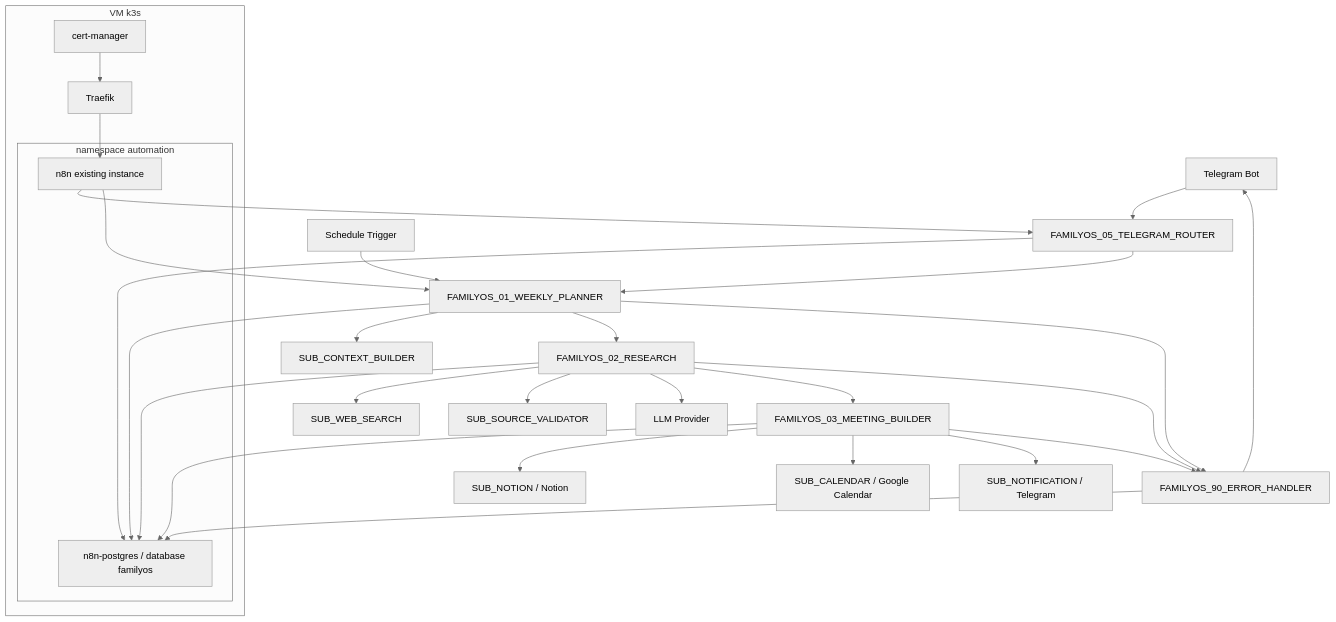
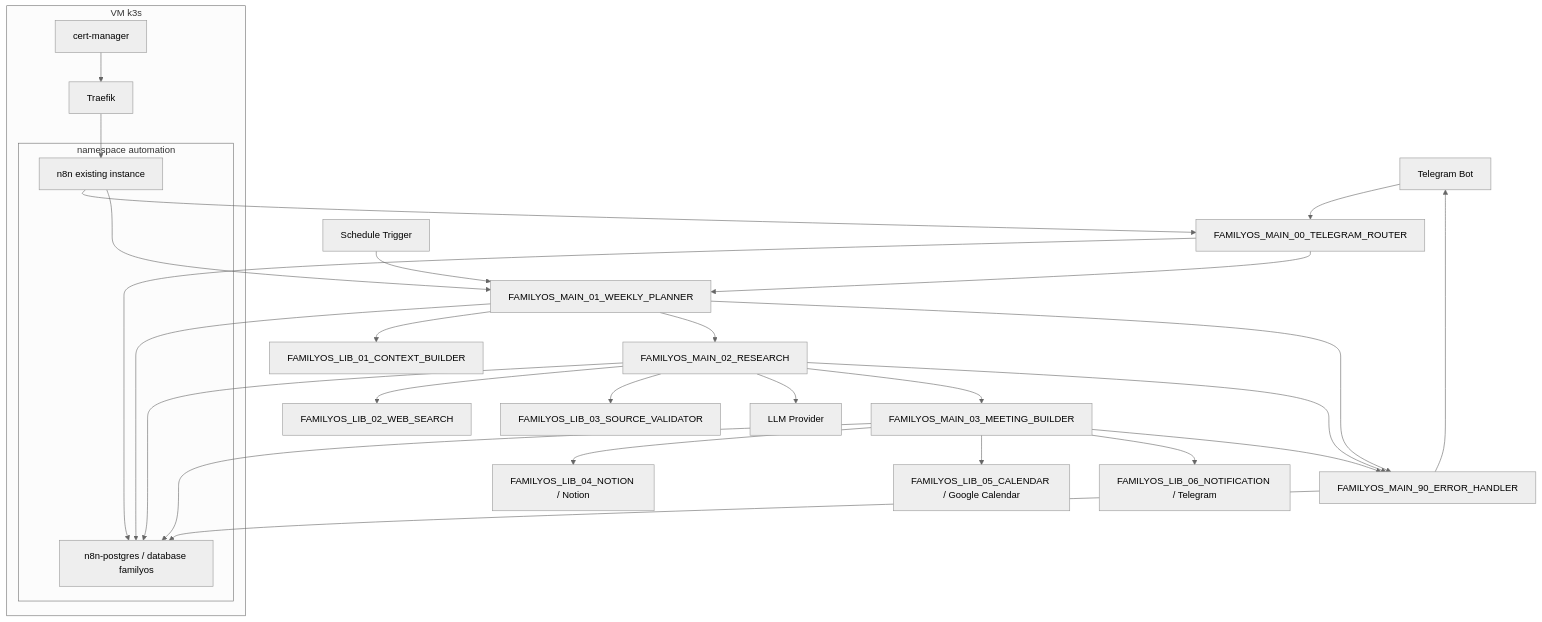
Before and after one commit to tghrayt/FamilyHubOS: the first of 2 diagrams in docs/architecture.md, drawn with Mermaid (neutral theme). The commit also changed other lines of this file and 28 other files, not shown here.

````diff
--- a/docs/architecture.md
+++ b/docs/architecture.md
@@ -28,36 +28,36 @@
 ```mermaid
 flowchart TD
-    Telegram["Telegram Bot"] --> Router["FAMILYOS_05_TELEGRAM_ROUTER"]
-    Schedule["Schedule Trigger"] --> Planner["FAMILYOS_01_WEEKLY_PLANNER"]
+    Telegram["Telegram Bot"] --> Router["FAMILYOS_MAIN_00_TELEGRAM_ROUTER"]
+    Schedule["Schedule Trigger"] --> Planner["FAMILYOS_MAIN_01_WEEKLY_PLANNER"]
     subgraph K3S["VM k3s"]
     subgraph Automation["namespace automation"]
     N8N["n8n existing instance"]
     FamilyDb["n8n-postgres / database familyos"]
     end
     Traefik["Traefik"]
     CertManager["cert-manager"]
     end
     Traefik --> N8N
     CertManager --> Traefik
     N8N --> Router
     N8N --> Planner
     Router --> Planner
-    Planner --> Context["SUB_CONTEXT_BUILDER"]
-    Planner --> Research["FAMILYOS_02_RESEARCH"]
-    Research --> WebSearch["SUB_WEB_SEARCH"]
-    Research --> Validator["SUB_SOURCE_VALIDATOR"]
+    Planner --> Context["FAMILYOS_LIB_01_CONTEXT_BUILDER"]
+    Planner --> Research["FAMILYOS_MAIN_02_RESEARCH"]
+    Research --> WebSearch["FAMILYOS_LIB_02_WEB_SEARCH"]
+    Research --> Validator["FAMILYOS_LIB_03_SOURCE_VALIDATOR"]
     Research --> LLM["LLM Provider"]
-    Research --> Builder["FAMILYOS_03_MEETING_BUILDER"]
-    Builder --> Notion["SUB_NOTION / Notion"]
-    Builder --> Calendar["SUB_CALENDAR / Google Calendar"]
-    Builder --> Notify["SUB_NOTIFICATION / Telegram"]
+    Research --> Builder["FAMILYOS_MAIN_03_MEETING_BUILDER"]
+    Builder --> Notion["FAMILYOS_LIB_04_NOTION / Notion"]
+    Builder --> Calendar["FAMILYOS_LIB_05_CALENDAR / Google Calendar"]
+    Builder --> Notify["FAMILYOS_LIB_06_NOTIFICATION / Telegram"]
     Planner --> FamilyDb
     Research --> FamilyDb
     Builder --> FamilyDb
     Router --> FamilyDb
-    Planner --> ErrorHandler["FAMILYOS_90_ERROR_HANDLER"]
+    Planner --> ErrorHandler["FAMILYOS_MAIN_90_ERROR_HANDLER"]
     Research --> ErrorHandler
     Builder --> ErrorHandler
     ErrorHandler --> FamilyDb
     ErrorHandler --> Telegram
 ```
````
